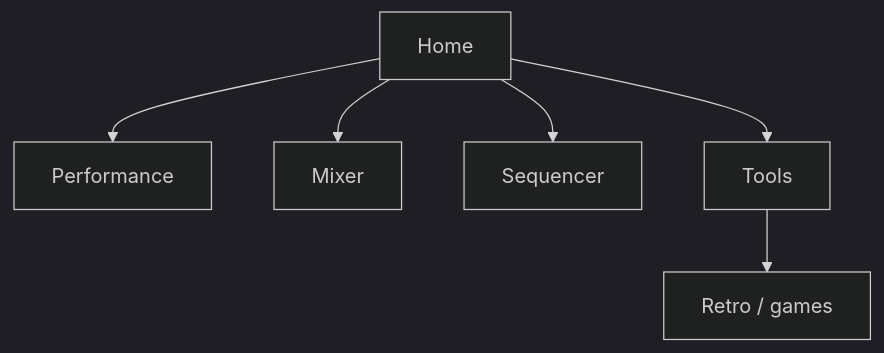
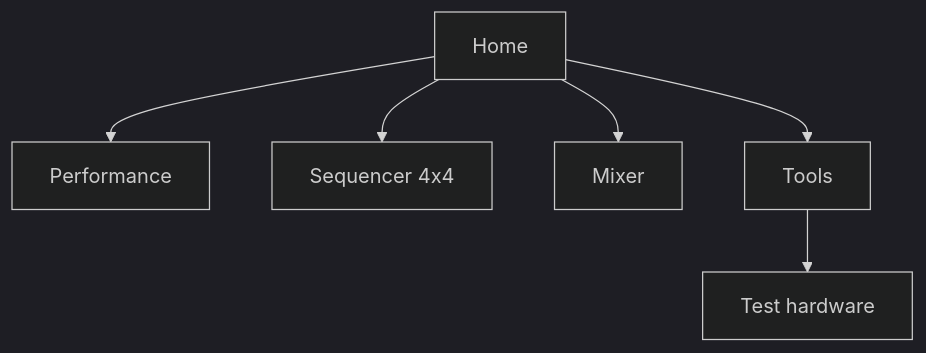
One commit to propann/L-AZ-2 changed the second of 2 diagrams in docs/AZ2_ECRAN_FACADE.md. Above: the diagram before and after it, drawn with Mermaid (dark theme). The commit also changed other lines of this file, not shown here.

Commit message:
Refine AZ2 groovebox screen and keypad architecture

````diff
--- a/docs/AZ2_ECRAN_FACADE.md
+++ b/docs/AZ2_ECRAN_FACADE.md
@@ -59,8 +107,8 @@
 ```mermaid
 flowchart TD
     HOME[Home] --> PERF[Performance]
+    HOME --> SEQ[Sequencer 4x4]
     HOME --> MIX[Mixer]
-    HOME --> SEQ[Sequencer]
     HOME --> TOOLS[Tools]
-    TOOLS --> GAMES[Retro / games]
+    TOOLS --> TEST[Test hardware]
 ```
````
